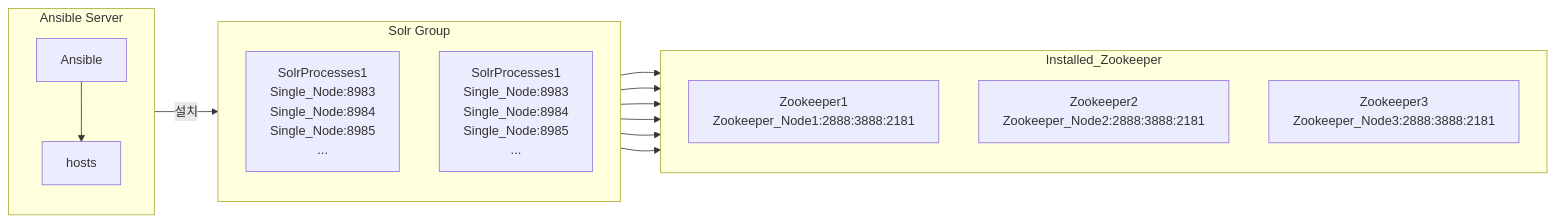
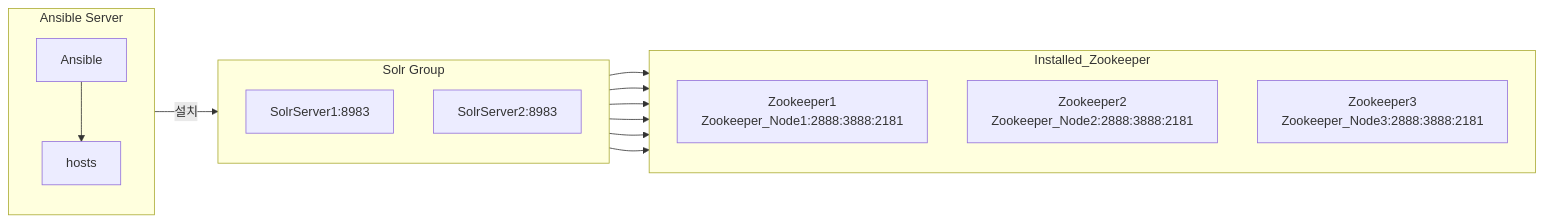
One commit to QubitSecurity/howto changed the diagram in rocky9/app/solr/ansible_install/cloud/readme.md. Above: the diagram before and after it, drawn with Mermaid.

````diff
--- a/rocky9/app/solr/ansible_install/cloud/readme.md
+++ b/rocky9/app/solr/ansible_install/cloud/readme.md
@@ -26,42 +26,42 @@
 ```mermaid
 graph LR;
 
     %% Define layout direction and spacing
    %% style Ansible_Server fill:#f9f,stroke:#333,stroke-width:2px,height:200px;
    %% style Zookeeper fill:#cfc,stroke:#333,stroke-width:2px;
    %% style Plug_Zookeeper fill:#fff,stroke:#000,stroke-width:2px;
 
     %% Ansible Server Section
     subgraph Ansible_Server[Ansible Server]
         direction TB
         Ansible1[Ansible]
         hosts[hosts]
         
         Ansible1 --> hosts
     end
 
     %% Zookeeper Section
     subgraph Zookeeper[Installed_Zookeeper]
         direction TB
         Zookeeper1[Zookeeper1<br>Zookeeper_Node1:2888:3888:2181]
         Zookeeper2[Zookeeper2<br>Zookeeper_Node2:2888:3888:2181]
         Zookeeper3[Zookeeper3<br>Zookeeper_Node3:2888:3888:2181]
         
         
     end
 
     %% Solr Subgraph
     subgraph Solr[Solr Group]
         direction TB
-        SolrProcesses1[SolrProcesses1<br>Single_Node:8983<br>Single_Node:8984<br>Single_Node:8985<br>...]
-        SolrProcesses2[SolrProcesses1<br>Single_Node:8983<br>Single_Node:8984<br>Single_Node:8985<br>...]
+        SolrServer1[SolrServer1:8983]
+        SolrServer2[SolrServer2:8983]
     end
 hosts -->|설치| Solr
 
-SolrProcesses1 --> Zookeeper1
-SolrProcesses1 --> Zookeeper2
-SolrProcesses1 --> Zookeeper3
-SolrProcesses2 --> Zookeeper1
-SolrProcesses2 --> Zookeeper2
-SolrProcesses2 --> Zookeeper3
+SolrServer1 --> Zookeeper1
+SolrServer1 --> Zookeeper2
+SolrServer1 --> Zookeeper3
+SolrServer2 --> Zookeeper1
+SolrServer2 --> Zookeeper2
+SolrServer2 --> Zookeeper3
 ```
````
